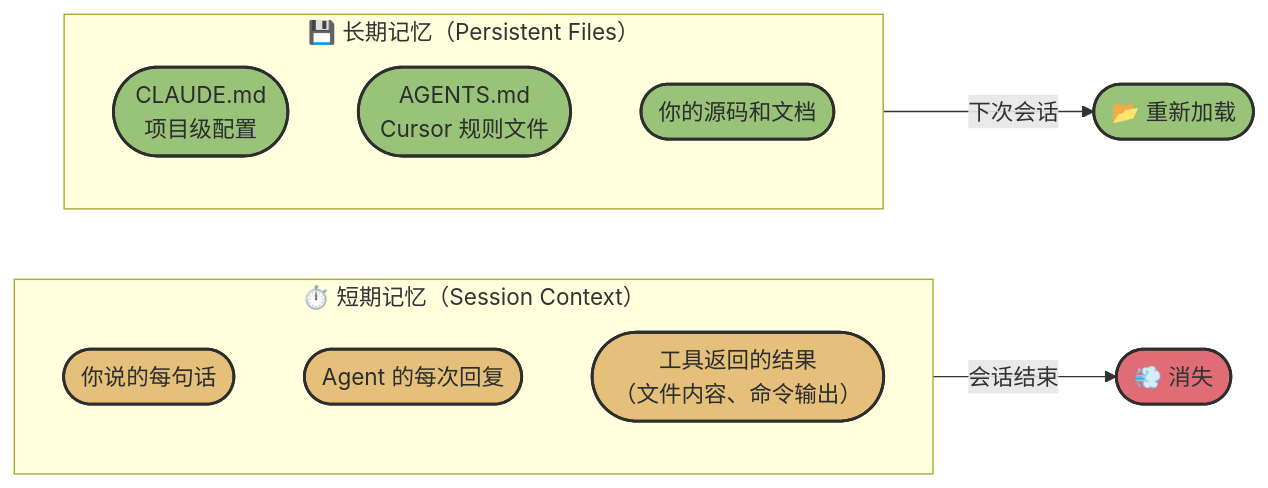
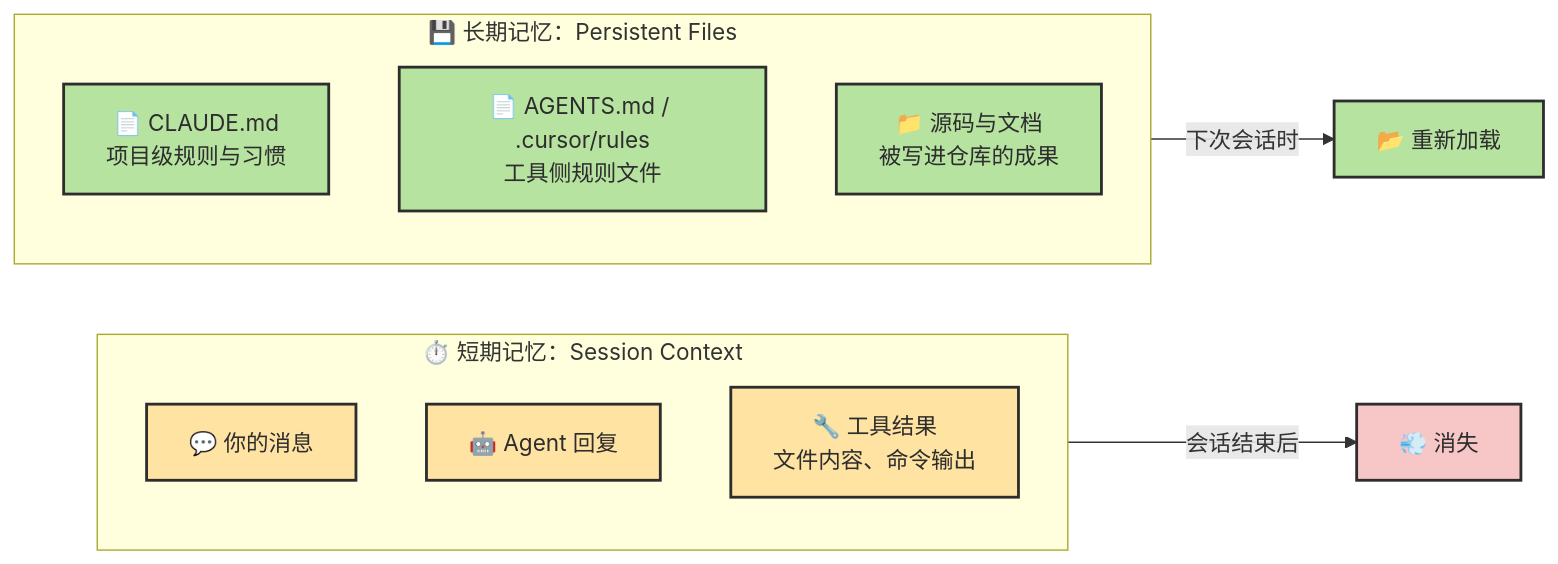
One commit to zht043/AgenticCodingTutorial changed the fourth of 7 diagrams in docs/chapters/ch05-agent-mechanics.md. Above: the diagram before and after it, drawn with Mermaid. The commit also changed other lines of this file and 69 other files, not shown here.

Commit message:
optimize docs and add mermaid validation

````diff
--- a/docs/chapters/ch05-agent-mechanics.md
+++ b/docs/chapters/ch05-agent-mechanics.md
@@ -263,21 +282,23 @@
 ```mermaid
 flowchart LR
-    classDef short fill:#e5c07b,stroke:#2d2d2d,stroke-width:2px,color:#2d2d2d
-    classDef long fill:#98c379,stroke:#2d2d2d,stroke-width:2px,color:#2d2d2d
-    classDef lost fill:#e06c75,stroke:#2d2d2d,stroke-width:2px
+    classDef short fill:#ffe3a3,stroke:#2d2d2d,stroke-width:2px,color:#2d2d2d
+    classDef long fill:#b7e3a1,stroke:#2d2d2d,stroke-width:2px,color:#2d2d2d
+    classDef state fill:#f7c6c7,stroke:#2d2d2d,stroke-width:2px,color:#2d2d2d
 
-    subgraph SHORT["⏱️ 短期记忆（Session Context）"]
-        S1(["你说的每句话"]):::short
-        S2(["Agent 的每次回复"]):::short
-        S3(["工具返回的结果<br/>（文件内容、命令输出）"]):::short
+    subgraph SHORT["⏱️ 短期记忆：Session Context"]
+        direction TB
+        S1["💬 你的消息"]:::short
+        S2["🤖 Agent 回复"]:::short
+        S3["🔧 工具结果<br/>文件内容、命令输出"]:::short
     end
 
-    subgraph LONG["💾 长期记忆（Persistent Files）"]
-        L1(["CLAUDE.md<br/>项目级配置"]):::long
-        L2(["AGENTS.md<br/>Cursor 规则文件"]):::long
-        L3(["你的源码和文档"]):::long
+    subgraph LONG["💾 长期记忆：Persistent Files"]
+        direction TB
+        L1["📄 CLAUDE.md<br/>项目级规则与习惯"]:::long
+        L2["📄 AGENTS.md / .cursor/rules<br/>工具侧规则文件"]:::long
+        L3["📁 源码与文档<br/>被写进仓库的成果"]:::long
     end
 
-    SHORT -->|"会话结束"| GONE(["💨 消失"]):::lost
-    LONG -->|"下次会话"| RELOAD(["📂 重新加载"]):::long
+    SHORT -->|"会话结束后"| Gone["💨 消失"]:::state
+    LONG -->|"下次会话时"| Reload["📂 重新加载"]:::long
 ```
````
